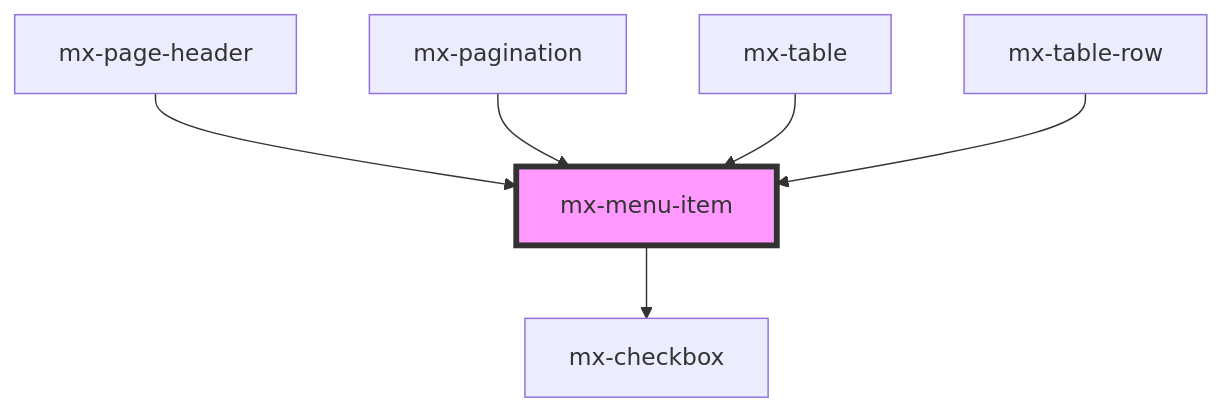
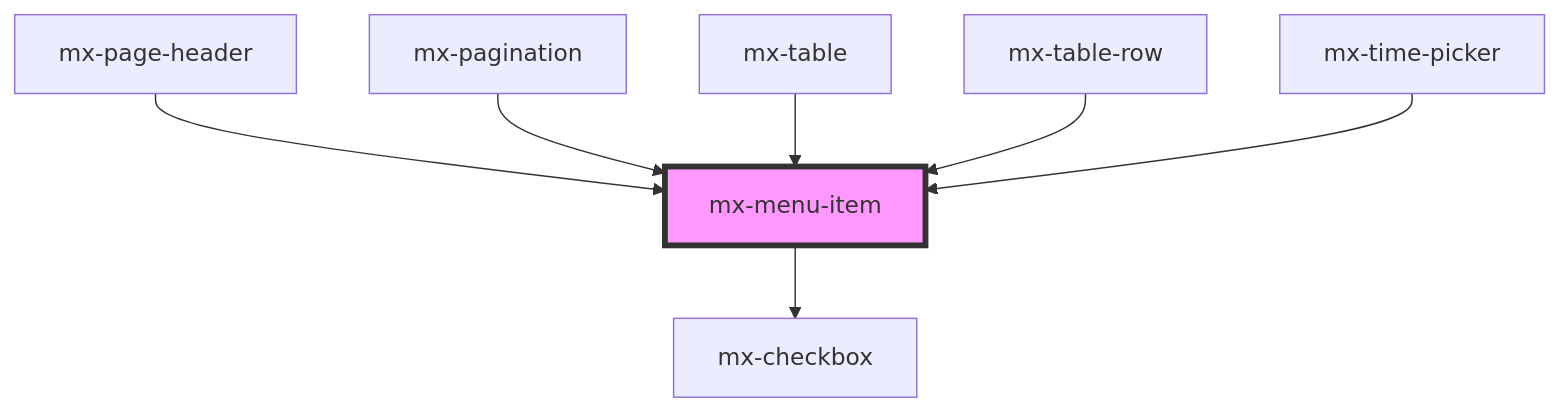
Before and after one commit to kevinleedrum/mds: the diagram in src/components/mx-menu-item/readme.md, drawn with Mermaid. The commit also changed other lines of this file and 321 other files, not shown here.

````diff
--- a/src/components/mx-menu-item/readme.md
+++ b/src/components/mx-menu-item/readme.md
@@ -63,9 +64,10 @@
 ```mermaid
 graph TD;
   mx-menu-item --> mx-checkbox
   mx-page-header --> mx-menu-item
   mx-pagination --> mx-menu-item
   mx-table --> mx-menu-item
   mx-table-row --> mx-menu-item
+  mx-time-picker --> mx-menu-item
   style mx-menu-item fill:#f9f,stroke:#333,stroke-width:4px
 ```
````
